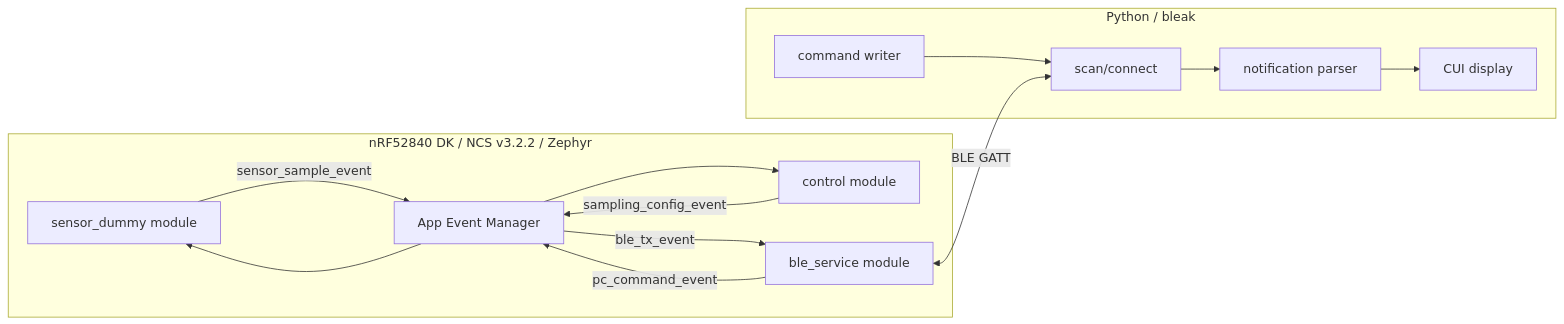
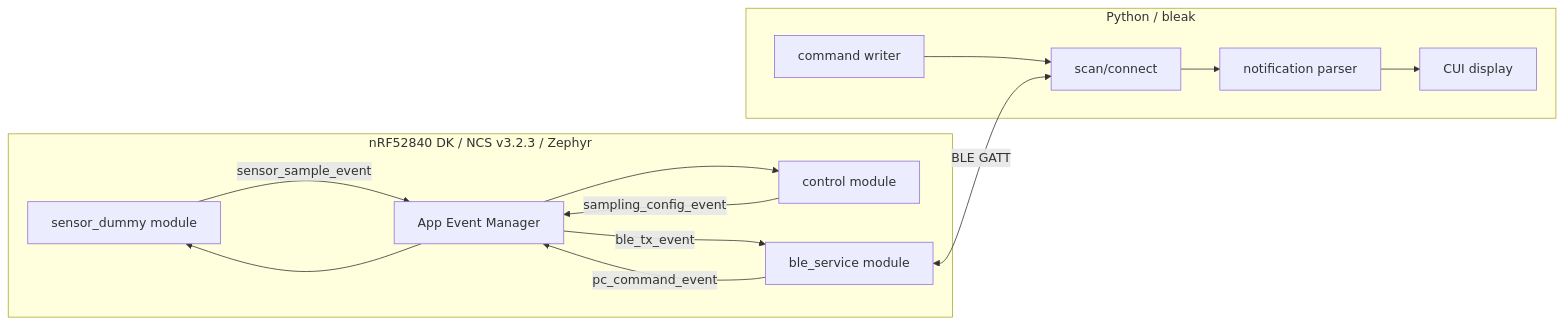
The diagram in docs/old/phase1_2_ble_spec_and_plan.md (ty103/ble_sensor_logger), drawn with Mermaid before and after one commit. The commit also changed other lines of this file and 5 other files, not shown here.

````diff
--- a/docs/old/phase1_2_ble_spec_and_plan.md
+++ b/docs/old/phase1_2_ble_spec_and_plan.md
@@ -26,27 +26,27 @@
 ```mermaid
 flowchart LR
-    subgraph Device["nRF52840 DK / NCS v3.2.2 / Zephyr"]
+    subgraph Device["nRF52840 DK / NCS v3.2.3 / Zephyr"]
         Sensor["sensor_dummy module"]
         AEM["App Event Manager"]
         Ctrl["control module"]
         BLE["ble_service module"]
         Sensor -->|sensor_sample_event| AEM
         AEM -->|ble_tx_event| BLE
         BLE -->|pc_command_event| AEM
         AEM --> Ctrl
         Ctrl -->|sampling_config_event| AEM
         AEM --> Sensor
     end
 
     subgraph PC["Python / bleak"]
         Scan["scan/connect"]
         Notify["notification parser"]
         UI["CUI display"]
         Cmd["command writer"]
         Scan --> Notify
         Notify --> UI
         Cmd --> Scan
     end
 
     BLE <-->|BLE GATT| Scan
 ```
````
